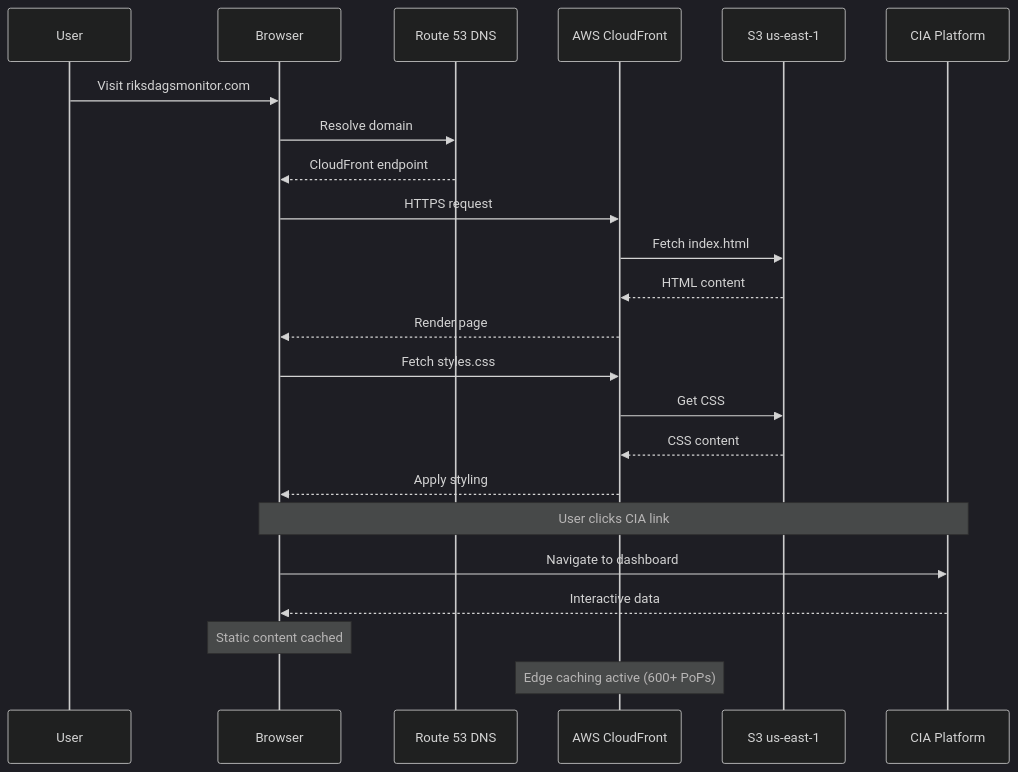
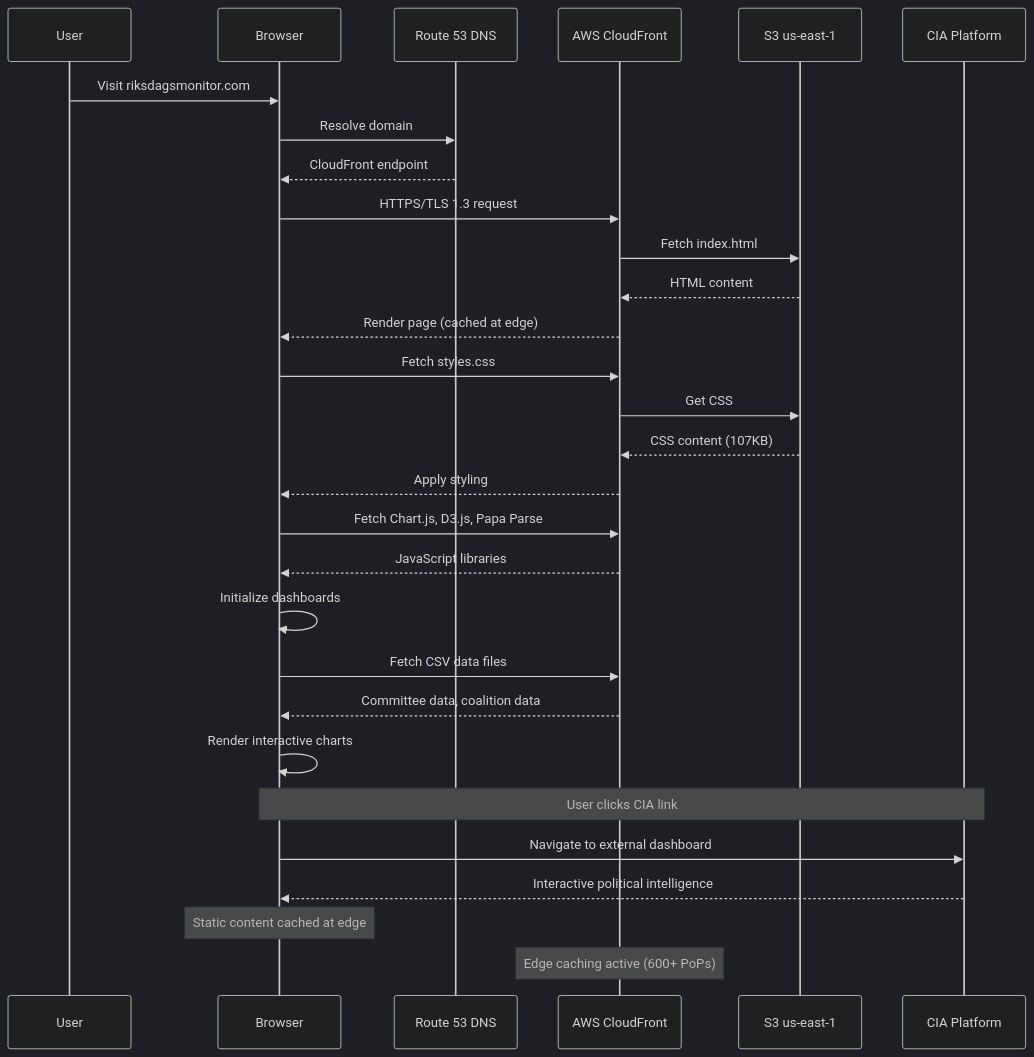
One commit to Hack23/riksdagsmonitor changed the fourth of 15 diagrams in ARCHITECTURE.md. Above: the diagram before and after it, drawn with Mermaid (dark theme). The commit also changed other lines of this file, not shown here.

Commit message:
docs: restructure ARCHITECTURE.md to C4 standard with header, doc map, C4 views, layers, patterns, and footer

````diff
--- a/ARCHITECTURE.md
+++ b/ARCHITECTURE.md
@@ -108,28 +343,34 @@
 ```mermaid
 sequenceDiagram
     participant User
     participant Browser
     participant DNS as Route 53 DNS
     participant CDN as AWS CloudFront
     participant S3 as S3 us-east-1
     participant CIA as CIA Platform
     
     User->>Browser: Visit riksdagsmonitor.com
     Browser->>DNS: Resolve domain
     DNS-->>Browser: CloudFront endpoint
-    Browser->>CDN: HTTPS request
+    Browser->>CDN: HTTPS/TLS 1.3 request
     CDN->>S3: Fetch index.html
     S3-->>CDN: HTML content
-    CDN-->>Browser: Render page
+    CDN-->>Browser: Render page (cached at edge)
     Browser->>CDN: Fetch styles.css
     CDN->>S3: Get CSS
-    S3-->>CDN: CSS content
+    S3-->>CDN: CSS content (107KB)
     CDN-->>Browser: Apply styling
+    Browser->>CDN: Fetch Chart.js, D3.js, Papa Parse
+    CDN-->>Browser: JavaScript libraries
+    Browser->>Browser: Initialize dashboards
+    Browser->>CDN: Fetch CSV data files
+    CDN-->>Browser: Committee data, coalition data
+    Browser->>Browser: Render interactive charts
     
     Note over Browser,CIA: User clicks CIA link
-    Browser->>CIA: Navigate to dashboard
-    CIA-->>Browser: Interactive data
+    Browser->>CIA: Navigate to external dashboard
+    CIA-->>Browser: Interactive political intelligence
     
-    Note over Browser: Static content cached
+    Note over Browser: Static content cached at edge
     Note over CDN: Edge caching active (600+ PoPs)
 ```
````
